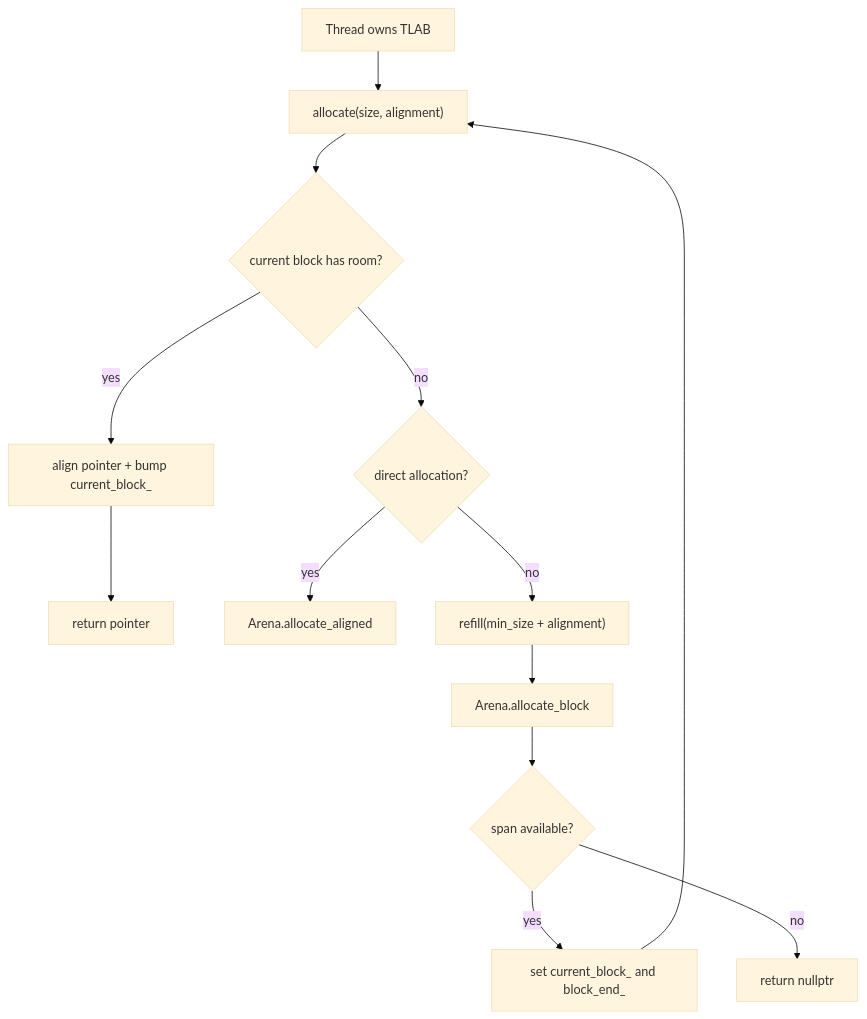
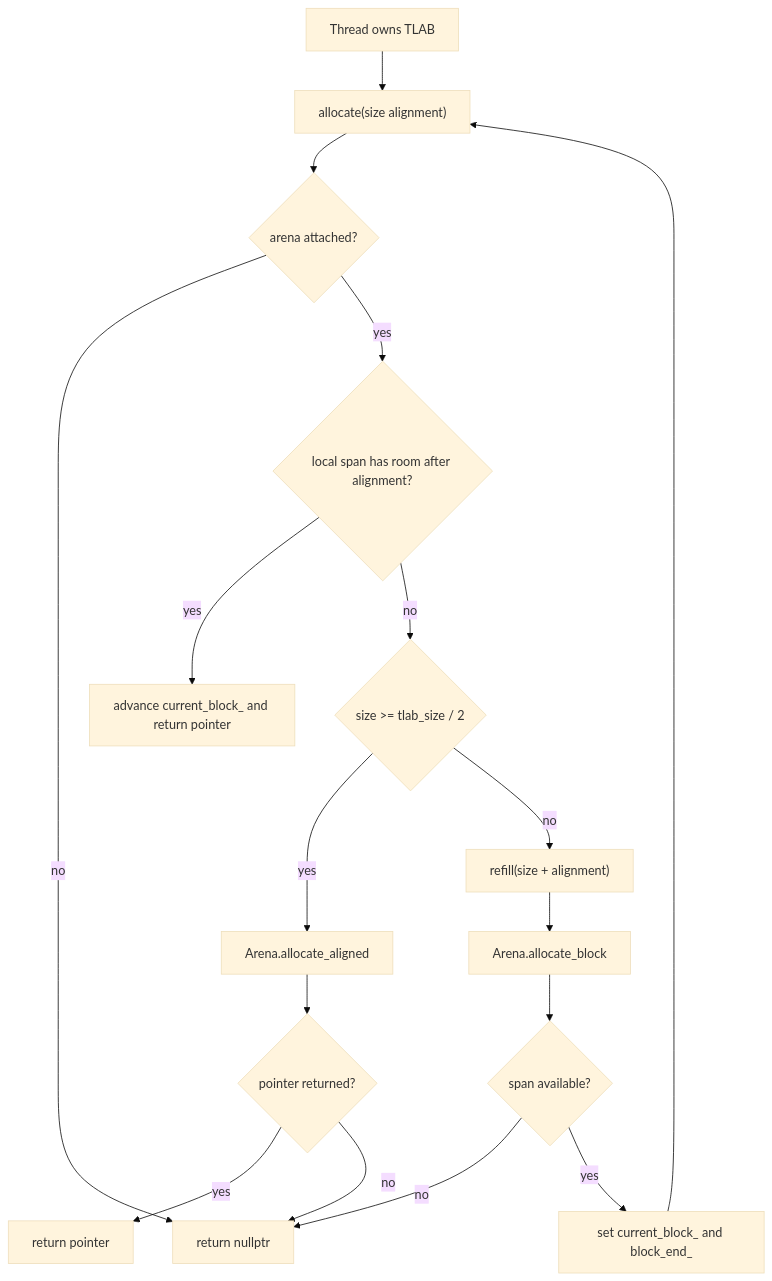
One commit to ankitkr-04/strata-db changed the first of 3 diagrams in docs/architecture/04-thread-local-allocation.md. Above: the diagram before and after it, drawn with Mermaid (base theme). The commit also changed other lines of this file and 2 other files, not shown here.

Commit message:
Implement detach method in TLAB for safe arena retirement and add is_attached check

````diff
--- a/docs/architecture/04-thread-local-allocation.md
+++ b/docs/architecture/04-thread-local-allocation.md
@@ -45,15 +63,19 @@
 ```mermaid
 flowchart TD
-    A[Thread owns TLAB] --> B["allocate(size, alignment)"]
-    B --> C{current block has room?}
-    C -- yes --> D[align pointer + bump current_block_]
-    D --> E[return pointer]
-    C -- no --> F{direct allocation?}
-    F -- yes --> G[Arena.allocate_aligned]
-    F -- no --> H["refill(min_size + alignment)"]
-    H --> I[Arena.allocate_block]
-    I --> J{span available?}
-    J -- yes --> K[set current_block_ and block_end_]
-    K --> B
-    J -- no --> L[return nullptr]
+    A[Thread owns TLAB] --> B["allocate(size alignment)"]
+    B --> C{arena attached?}
+    C -- no --> D[return nullptr]
+    C -- yes --> E{local span has room after alignment?}
+    E -- yes --> F[advance current_block_ and return pointer]
+    E -- no --> G{size >= tlab_size / 2}
+    G -- yes --> H[Arena.allocate_aligned]
+    G -- no --> I["refill(size + alignment)"]
+    I --> J[Arena.allocate_block]
+    J --> K{span available?}
+    K -- no --> D
+    K -- yes --> L[set current_block_ and block_end_]
+    L --> B
+    H --> M{pointer returned?}
+    M -- yes --> N[return pointer]
+    M -- no --> D
 ```
````
